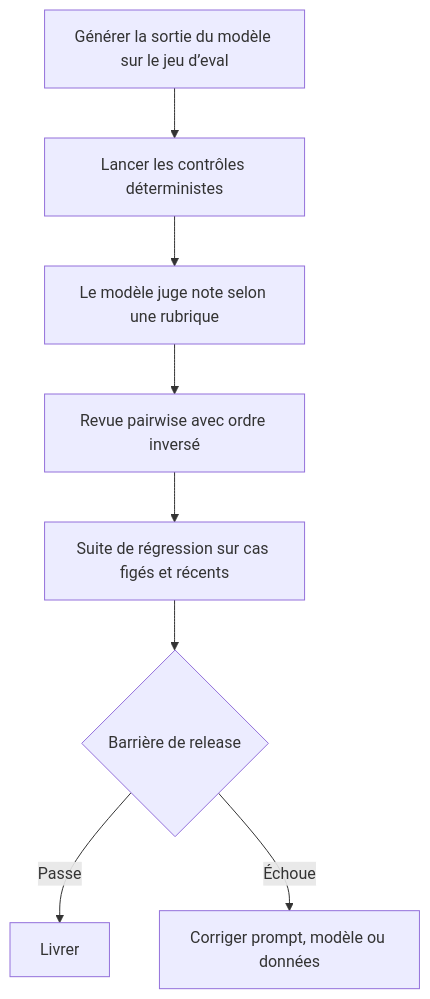
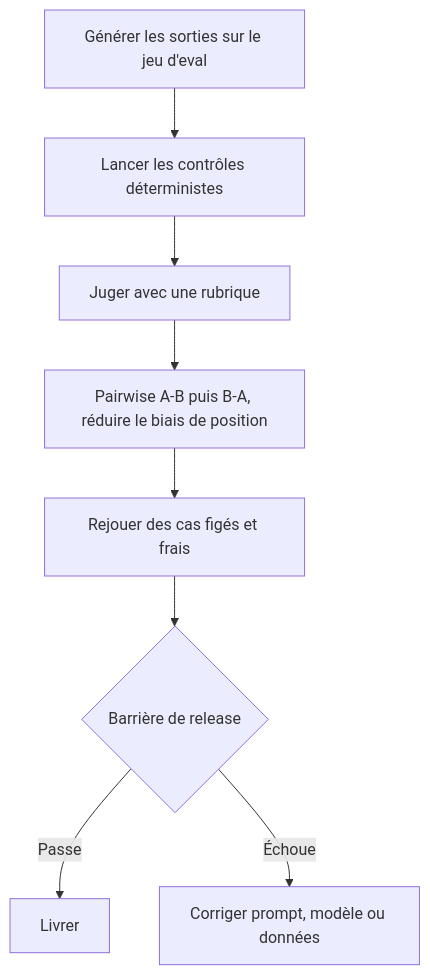
Before and after one commit to grasdouble/sebastien-lemouillour.fr: the diagram in packages/parcels/learn/src/data/content/ia-llm/understanding-llms/automated-llm-evaluation.fr.md, drawn with Mermaid. The commit also changed other lines of this file and 67 other files, not shown here.

````diff
--- a/packages/parcels/learn/src/data/content/ia-llm/understanding-llms/automated-llm-evaluation.fr.md
+++ b/packages/parcels/learn/src/data/content/ia-llm/understanding-llms/automated-llm-evaluation.fr.md
@@ -14,10 +14,10 @@
 ```mermaid
 flowchart TD
-  A[Générer la sortie du modèle sur le jeu d’eval] --> B[Lancer les contrôles déterministes]
-  B --> C[Le modèle juge note selon une rubrique]
-  C --> D[Revue pairwise avec ordre inversé]
-  D --> E[Suite de régression sur cas figés et récents]
+  A[Générer les sorties sur le jeu d'eval] --> B[Lancer les contrôles déterministes]
+  B --> C[Juger avec une rubrique]
+  C --> D[Pairwise A-B puis B-A, réduire le biais de position]
+  D --> E[Rejouer des cas figés et frais]
   E --> F{Barrière de release}
   F -->|Passe| G[Livrer]
   F -->|Échoue| H[Corriger prompt, modèle ou données]
 ```
````
